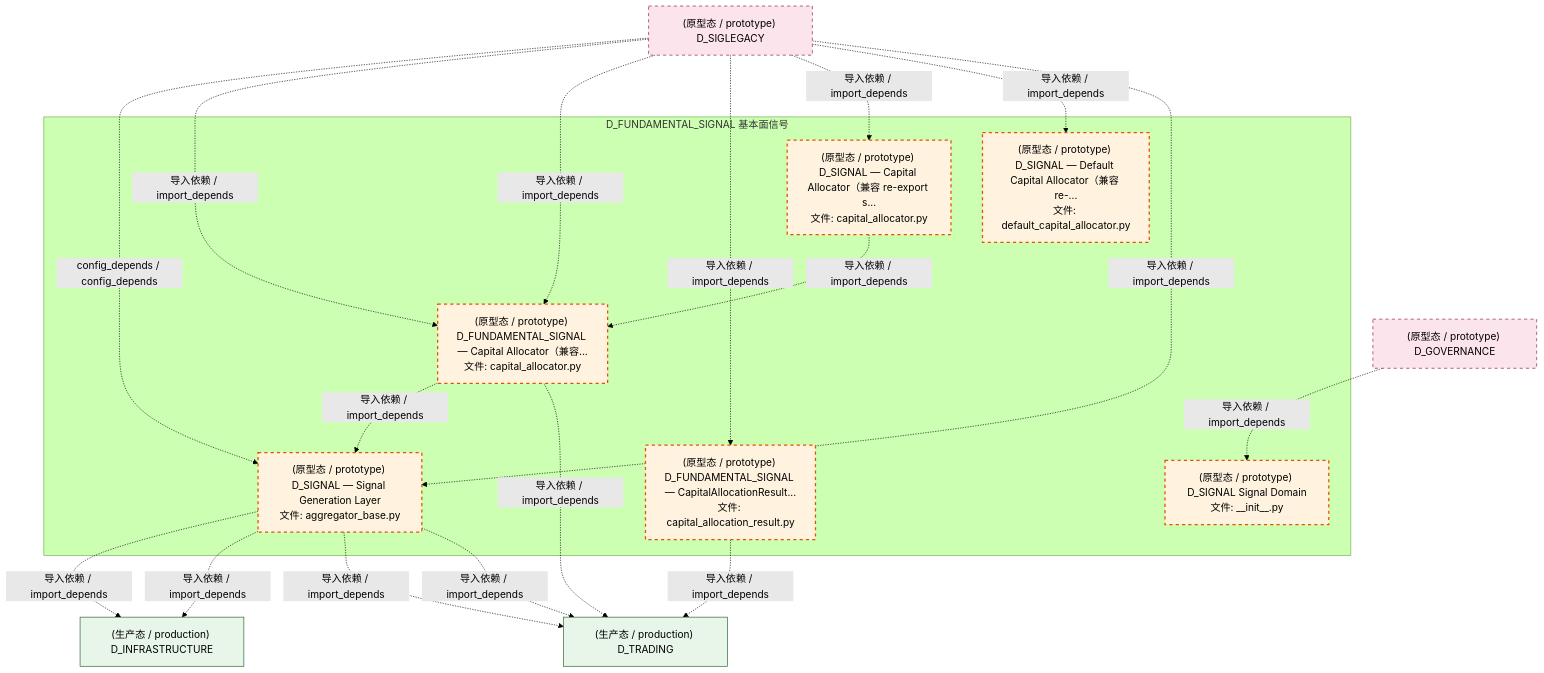
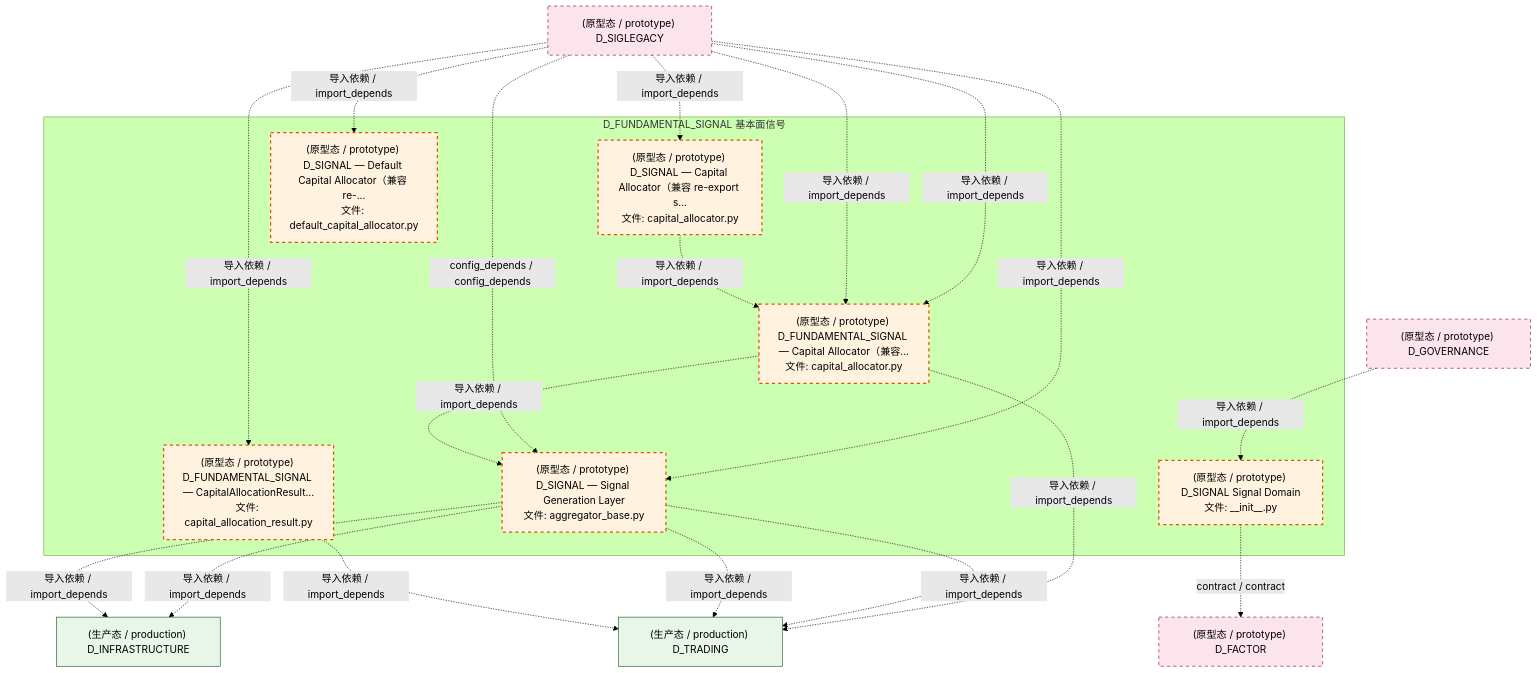
One commit to xuanFelixVan/ZephyrAlpha changed the third of 4 diagrams in docs/02_enterprise_architecture/02_domain_architecture_docs/37_d_fundamental_signal.md. Above: the diagram before and after it, drawn with Mermaid (forest theme). The commit also changed other lines of this file and 126 other files, not shown here.

````diff
--- a/docs/02_enterprise_architecture/02_domain_architecture_docs/37_d_fundamental_signal.md
+++ b/docs/02_enterprise_architecture/02_domain_architecture_docs/37_d_fundamental_signal.md
@@ -197,38 +197,40 @@
 ```mermaid
 graph TD
     subgraph D_FUNDAMENTAL_SIGNAL["D_FUNDAMENTAL_SIGNAL 基本面信号"]
         src_zephyr_signal_fundamental_init_py["(原型态 / prototype) D_SIGNAL Signal Domain<br/>文件: __init__.py"]
         src_zephyr_signal_fundamental_capital_capital_allocation_result_py["(原型态 / prototype) D_FUNDAMENTAL_SIGNAL — CapitalAllocationResult...<br/>文件: capital_allocation_result.py"]
         src_zephyr_signal_fundamental_capital_capital_allocator_py["(原型态 / prototype) D_SIGNAL — Capital Allocator（兼容 re-export s...<br/>文件: capital_allocator.py"]
         src_zephyr_signal_fundamental_capital_default_capital_allocator_py["(原型态 / prototype) D_SIGNAL — Default Capital Allocator（兼容 re-...<br/>文件: default_capital_allocator.py"]
         src_zephyr_signal_fundamental_gen_aggregator_base_py["(原型态 / prototype) D_SIGNAL — Signal Generation Layer<br/>文件: aggregator_base.py"]
         src_zephyr_signal_fundamental_strategy_capital_allocator_py["(原型态 / prototype) D_FUNDAMENTAL_SIGNAL — Capital Allocator（兼容...<br/>文件: capital_allocator.py"]
     end
     src_zephyr_signal_fundamental_capital_capital_allocator_py -.->|导入依赖 / import_depends| src_zephyr_signal_fundamental_strategy_capital_allocator_py
     src_zephyr_signal_fundamental_strategy_capital_allocator_py -.->|导入依赖 / import_depends| src_zephyr_signal_fundamental_gen_aggregator_base_py
+    D_FACTOR["(原型态 / prototype) D_FACTOR"]
+    src_zephyr_signal_fundamental_init_py -.->|contract / contract| D_FACTOR
     D_TRADING["(生产态 / production) D_TRADING"]
     src_zephyr_signal_fundamental_capital_capital_allocation_result_py -.->|导入依赖 / import_depends| D_TRADING
     D_INFRASTRUCTURE["(生产态 / production) D_INFRASTRUCTURE"]
     src_zephyr_signal_fundamental_gen_aggregator_base_py -.->|导入依赖 / import_depends| D_INFRASTRUCTURE
     src_zephyr_signal_fundamental_gen_aggregator_base_py -.->|导入依赖 / import_depends| D_INFRASTRUCTURE
     src_zephyr_signal_fundamental_gen_aggregator_base_py -.->|导入依赖 / import_depends| D_TRADING
     src_zephyr_signal_fundamental_gen_aggregator_base_py -.->|导入依赖 / import_depends| D_TRADING
     src_zephyr_signal_fundamental_strategy_capital_allocator_py -.->|导入依赖 / import_depends| D_TRADING
     D_SIGLEGACY["(原型态 / prototype) D_SIGLEGACY"]
+    D_SIGLEGACY -.->|导入依赖 / import_depends| src_zephyr_signal_fundamental_strategy_capital_allocator_py
     D_SIGLEGACY -.->|config_depends / config_depends| src_zephyr_signal_fundamental_gen_aggregator_base_py
-    D_SIGLEGACY -.->|导入依赖 / import_depends| src_zephyr_signal_fundamental_strategy_capital_allocator_py
     D_SIGLEGACY -.->|导入依赖 / import_depends| src_zephyr_signal_fundamental_strategy_capital_allocator_py
     D_SIGLEGACY -.->|导入依赖 / import_depends| src_zephyr_signal_fundamental_capital_capital_allocation_result_py
     D_SIGLEGACY -.->|导入依赖 / import_depends| src_zephyr_signal_fundamental_capital_capital_allocator_py
     D_SIGLEGACY -.->|导入依赖 / import_depends| src_zephyr_signal_fundamental_capital_default_capital_allocator_py
     D_GOVERNANCE["(原型态 / prototype) D_GOVERNANCE"]
     D_GOVERNANCE -.->|导入依赖 / import_depends| src_zephyr_signal_fundamental_init_py
     D_SIGLEGACY -.->|导入依赖 / import_depends| src_zephyr_signal_fundamental_gen_aggregator_base_py
     classDef production fill:#e1f5fe,stroke:#01579b,stroke-width:2px,color:#000
     classDef design fill:#fff3e0,stroke:#e65100,stroke-width:2px,color:#000,stroke-dasharray: 5 5
     classDef external_prod fill:#e8f5e9,stroke:#1b5e20,stroke-width:1px,color:#000
     classDef external_design fill:#fce4ec,stroke:#880e4f,stroke-width:1px,color:#000,stroke-dasharray: 5 5
     class src_zephyr_signal_fundamental_init_py,src_zephyr_signal_fundamental_capital_capital_allocation_result_py,src_zephyr_signal_fundamental_capital_capital_allocator_py,src_zephyr_signal_fundamental_capital_default_capital_allocator_py,src_zephyr_signal_fundamental_gen_aggregator_base_py,src_zephyr_signal_fundamental_strategy_capital_allocator_py design
     class D_TRADING,D_INFRASTRUCTURE external_prod
-    class D_SIGLEGACY,D_GOVERNANCE external_design
+    class D_FACTOR,D_SIGLEGACY,D_GOVERNANCE external_design
 ```
````
